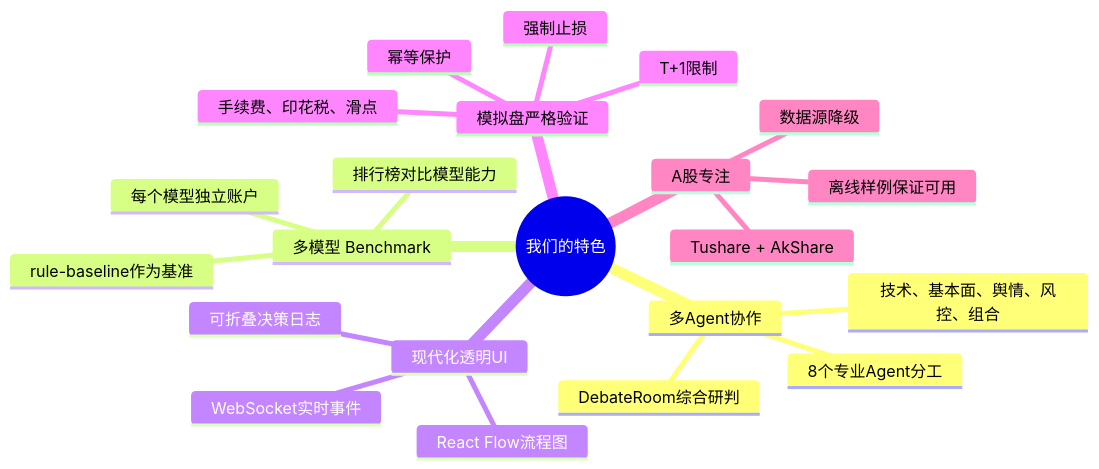
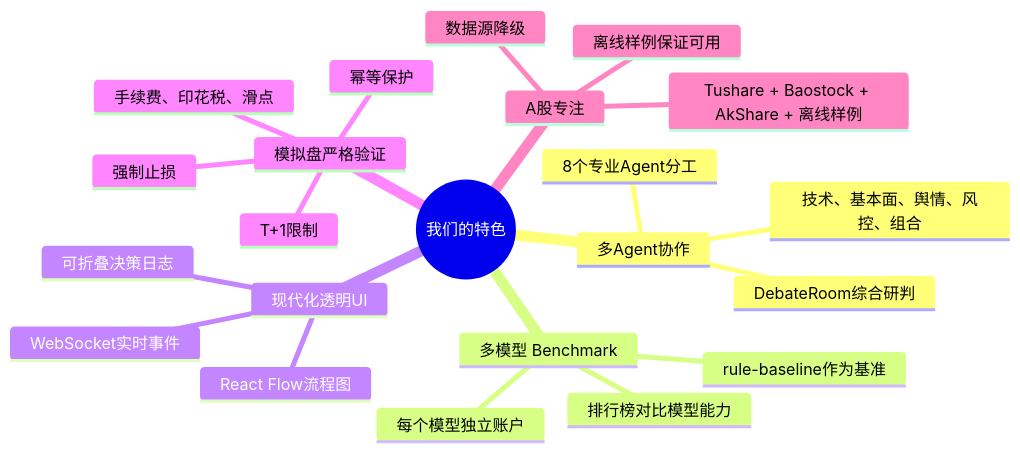
One commit to systemoutprintlnhelloworld/astock-agent-system changed the diagram in docs/technical/COMPARISON.md. Above: the diagram before and after it, drawn with Mermaid. The commit also changed other lines of this file and 55 other files, not shown here.

````diff
--- a/docs/technical/COMPARISON.md
+++ b/docs/technical/COMPARISON.md
@@ -316,25 +316,25 @@
 ```mermaid
 mindmap
   root((我们的特色))
     多Agent协作
       8个专业Agent分工
       技术、基本面、舆情、风控、组合
       DebateRoom综合研判
     多模型 Benchmark
       每个模型独立账户
       rule-baseline作为基准
       排行榜对比模型能力
     现代化透明UI
       React Flow流程图
       WebSocket实时事件
       可折叠决策日志
     模拟盘严格验证
       T+1限制
       手续费、印花税、滑点
       强制止损
       幂等保护
     A股专注
-      Tushare + AkShare
+      Tushare + Baostock + AkShare + 离线样例
       离线样例保证可用
       数据源降级
 ```
````
